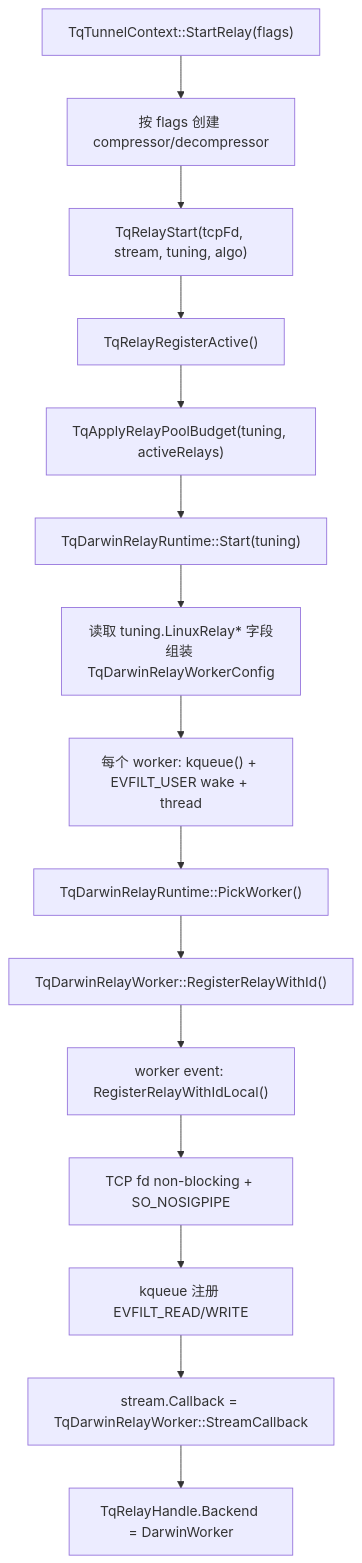
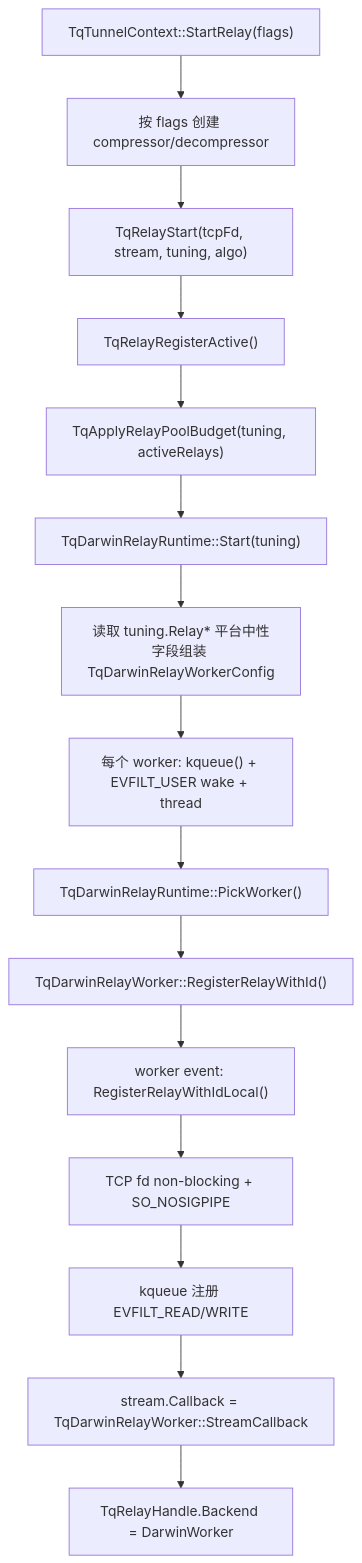
One commit to jack2007/tcpquic-proxy changed the first of 2 diagrams in docs/relay_macos.md. Above: the diagram before and after it, drawn with Mermaid. The commit also changed other lines of this file and 1 other file, not shown here.

Commit message:
Clarify relay metrics documentation status

````diff
--- a/docs/relay_macos.md
+++ b/docs/relay_macos.md
@@ -19,17 +19,17 @@
 ```mermaid
 flowchart TD
     A["TqTunnelContext::StartRelay(flags)"] --> B["按 flags 创建 compressor/decompressor"]
     B --> C["TqRelayStart(tcpFd, stream, tuning, algo)"]
     C --> D["TqRelayRegisterActive()"]
     D --> E["TqApplyRelayPoolBudget(tuning, activeRelays)"]
     E --> F["TqDarwinRelayRuntime::Start(tuning)"]
-    F --> G["读取 tuning.LinuxRelay* 字段组装 TqDarwinRelayWorkerConfig"]
+    F --> G["读取 tuning.Relay* 平台中性字段组装 TqDarwinRelayWorkerConfig"]
     G --> H["每个 worker: kqueue() + EVFILT_USER wake + thread"]
     H --> I["TqDarwinRelayRuntime::PickWorker()"]
     I --> J["TqDarwinRelayWorker::RegisterRelayWithId()"]
     J --> K["worker event: RegisterRelayWithIdLocal()"]
     K --> L["TCP fd non-blocking + SO_NOSIGPIPE"]
     L --> M["kqueue 注册 EVFILT_READ/WRITE"]
     M --> N["stream.Callback = TqDarwinRelayWorker::StreamCallback"]
     N --> O["TqRelayHandle.Backend = DarwinWorker"]
 ```
````
